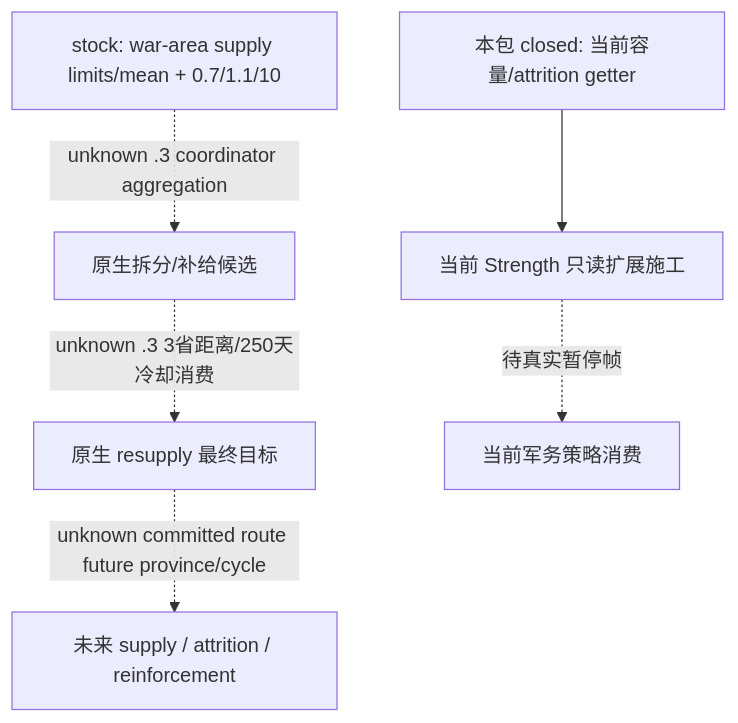
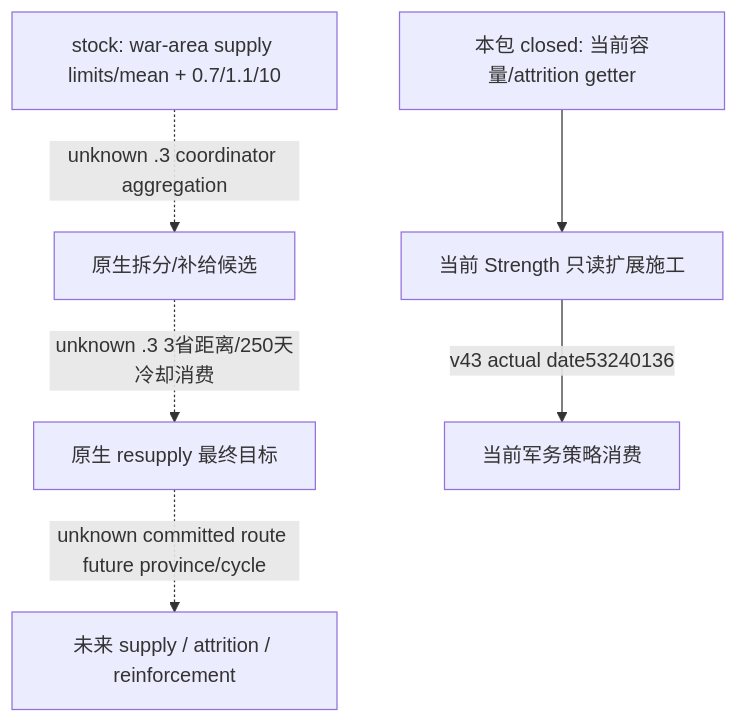
The second of 4 diagrams in docs/ck3-native-ai/army-current-supply-capacity-attrition-12003.md (XenoAmess/ck3_eternal_recurrence), drawn with Mermaid before and after one commit. The commit also changed other lines of this file and 7 other files, not shown here.

````diff
--- a/docs/ck3-native-ai/army-current-supply-capacity-attrition-12003.md
+++ b/docs/ck3-native-ai/army-current-supply-capacity-attrition-12003.md
@@ -39,8 +39,8 @@
 ```mermaid
 flowchart TD
     S["stock: war-area supply limits/mean + 0.7/1.1/10"] -. "unknown .3 coordinator aggregation" .-> R["原生拆分/补给候选"]
     R -. "unknown .3 3省距离/250天冷却消费" .-> A["原生 resupply 最终目标"]
     A -. "unknown committed route future province/cycle" .-> F["未来 supply / attrition / reinforcement"]
     P["本包 closed: 当前容量/attrition getter"] --> O["当前 Strength 只读扩展施工"]
-    O -. "待真实暂停帧" .-> L["当前军务策略消费"]
+    O -->|"v43 actual date53240136"| L["当前军务策略消费"]
 ```
````
